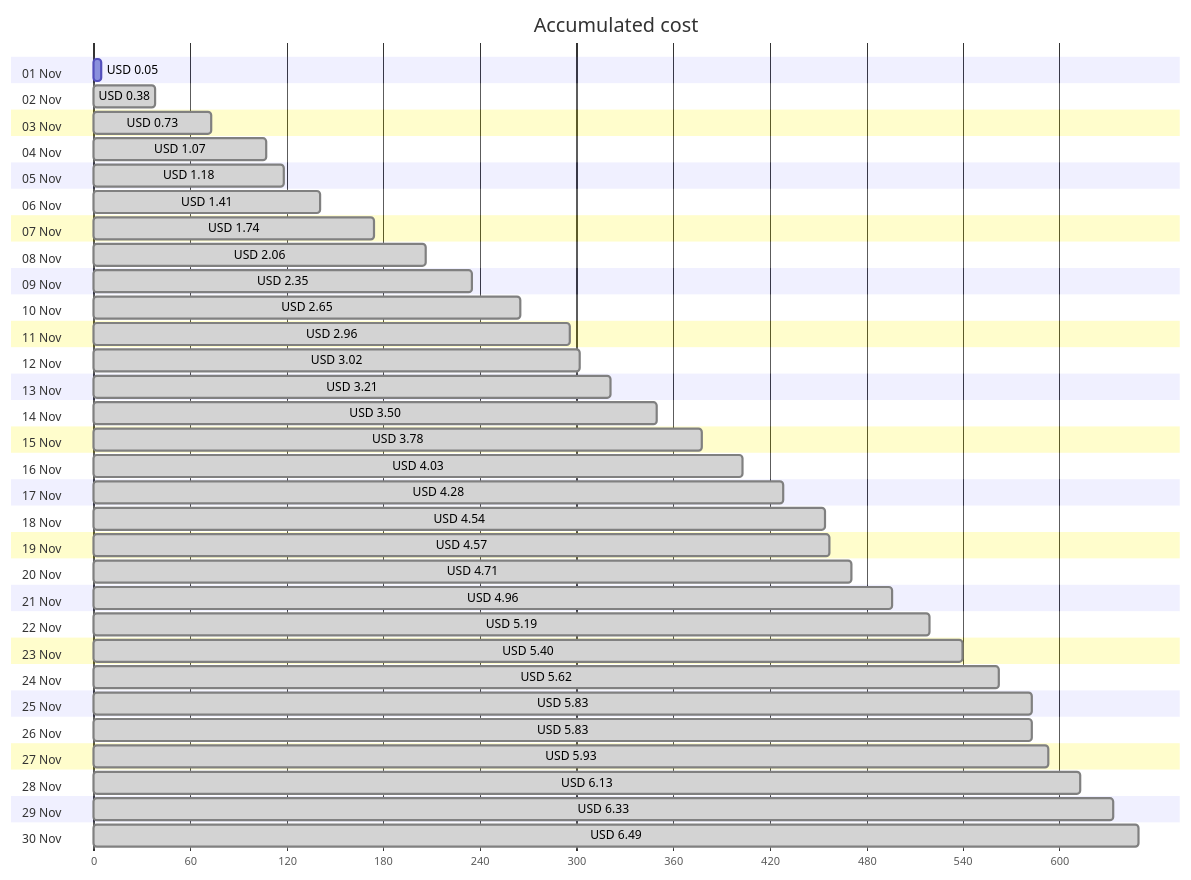
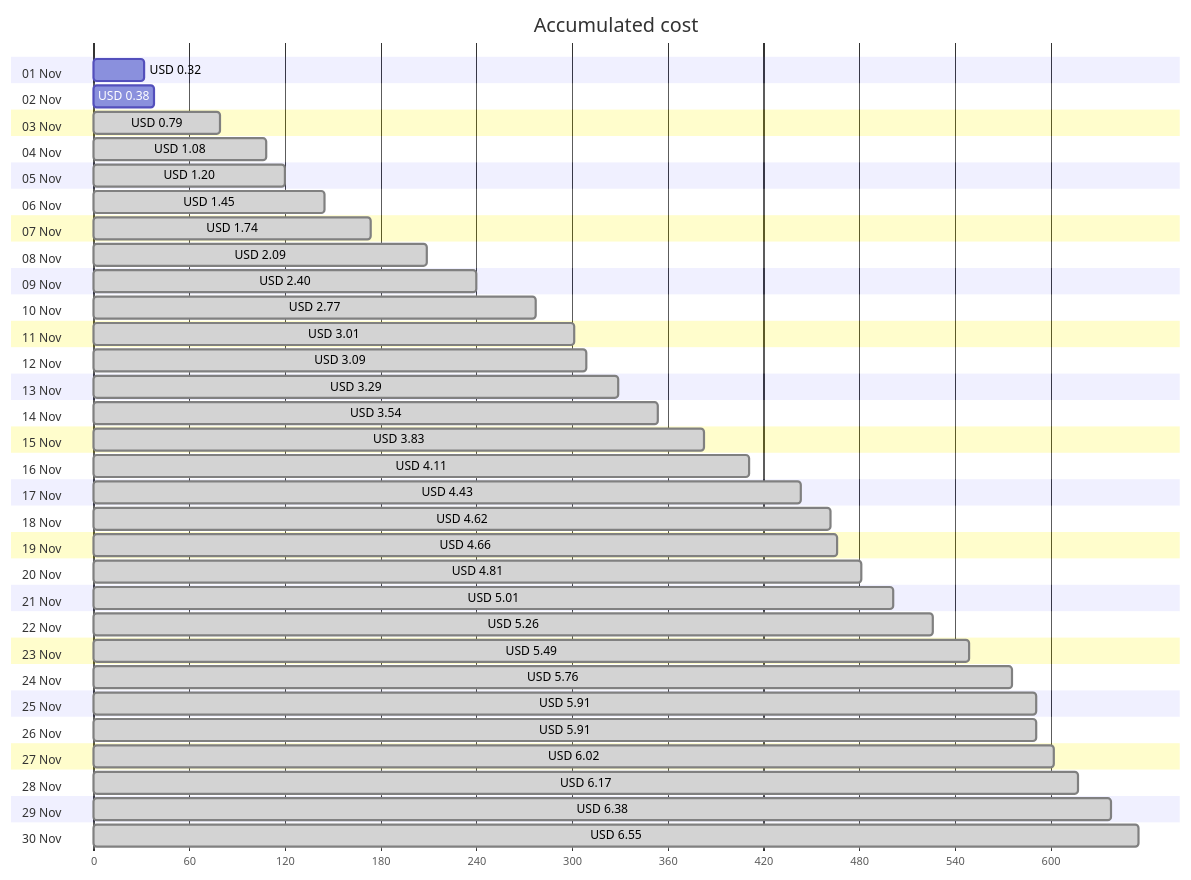
The first of 4 diagrams in cost-reports/personal-network/vpn-server.md (jpfulton/azure-personal-reports), drawn with Mermaid before and after one commit. The commit also changed other lines of this file and 8 other files, not shown here.

````diff
--- a/cost-reports/personal-network/vpn-server.md
+++ b/cost-reports/personal-network/vpn-server.md
@@ -20,66 +20,66 @@
 ```mermaid
 gantt
    title Accumulated cost
    dateFormat  X
    axisFormat %s
    section 01 Nov
-   USD 0.05 :0, 5
+   USD 0.32 :0, 32
    section 02 Nov
-   USD 0.38 : done, 0, 38
+   USD 0.38 :0, 38
    section 03 Nov
-   USD 0.73 : done, 0, 73
+   USD 0.79 : done, 0, 79
    section 04 Nov
-   USD 1.07 : done, 0, 107
+   USD 1.08 : done, 0, 108
    section 05 Nov
-   USD 1.18 : done, 0, 118
+   USD 1.20 : done, 0, 120
    section 06 Nov
-   USD 1.41 : done, 0, 141
+   USD 1.45 : done, 0, 145
    section 07 Nov
    USD 1.74 : done, 0, 174
    section 08 Nov
-   USD 2.06 : done, 0, 206
+   USD 2.09 : done, 0, 209
    section 09 Nov
-   USD 2.35 : done, 0, 235
+   USD 2.40 : done, 0, 240
    section 10 Nov
-   USD 2.65 : done, 0, 265
+   USD 2.77 : done, 0, 277
    section 11 Nov
-   USD 2.96 : done, 0, 296
+   USD 3.01 : done, 0, 301
    section 12 Nov
-   USD 3.02 : done, 0, 302
+   USD 3.09 : done, 0, 309
    section 13 Nov
-   USD 3.21 : done, 0, 321
+   USD 3.29 : done, 0, 329
    section 14 Nov
-   USD 3.50 : done, 0, 350
+   USD 3.54 : done, 0, 354
    section 15 Nov
-   USD 3.78 : done, 0, 378
+   USD 3.83 : done, 0, 383
    section 16 Nov
-   USD 4.03 : done, 0, 403
+   USD 4.11 : done, 0, 411
    section 17 Nov
-   USD 4.28 : done, 0, 428
+   USD 4.43 : done, 0, 443
    section 18 Nov
-   USD 4.54 : done, 0, 454
+   USD 4.62 : done, 0, 462
    section 19 Nov
-   USD 4.57 : done, 0, 457
+   USD 4.66 : done, 0, 466
    section 20 Nov
-   USD 4.71 : done, 0, 471
+   USD 4.81 : done, 0, 481
    section 21 Nov
-   USD 4.96 : done, 0, 496
+   USD 5.01 : done, 0, 501
    section 22 Nov
-   USD 5.19 : done, 0, 519
+   USD 5.26 : done, 0, 526
    section 23 Nov
-   USD 5.40 : done, 0, 540
+   USD 5.49 : done, 0, 549
    section 24 Nov
-   USD 5.62 : done, 0, 562
+   USD 5.76 : done, 0, 576
    section 25 Nov
-   USD 5.83 : done, 0, 583
+   USD 5.91 : done, 0, 591
    section 26 Nov
-   USD 5.83 : done, 0, 583
+   USD 5.91 : done, 0, 591
    section 27 Nov
-   USD 5.93 : done, 0, 593
+   USD 6.02 : done, 0, 602
    section 28 Nov
-   USD 6.13 : done, 0, 613
+   USD 6.17 : done, 0, 617
    section 29 Nov
-   USD 6.33 : done, 0, 633
+   USD 6.38 : done, 0, 638
    section 30 Nov
-   USD 6.49 : done, 0, 649
+   USD 6.55 : done, 0, 655
 ```
````
